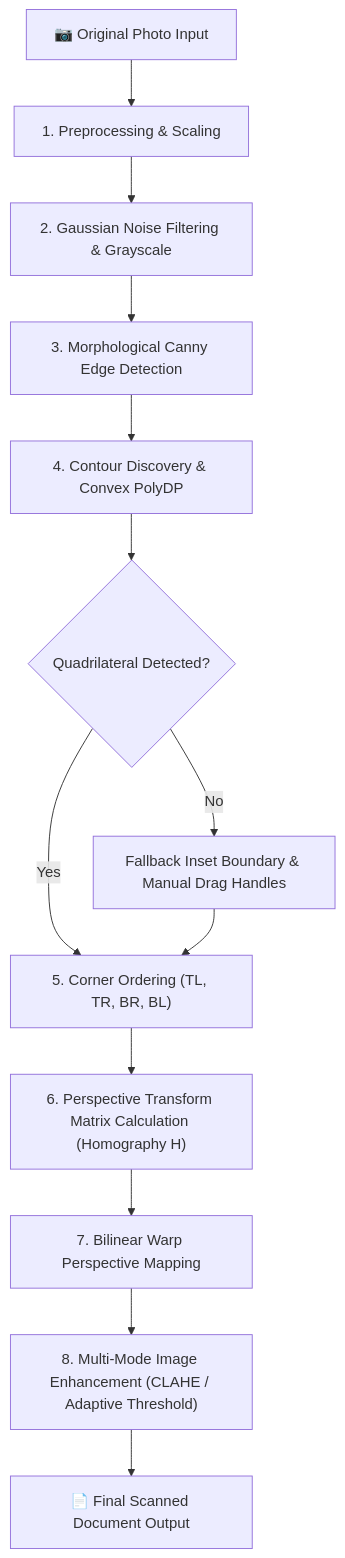
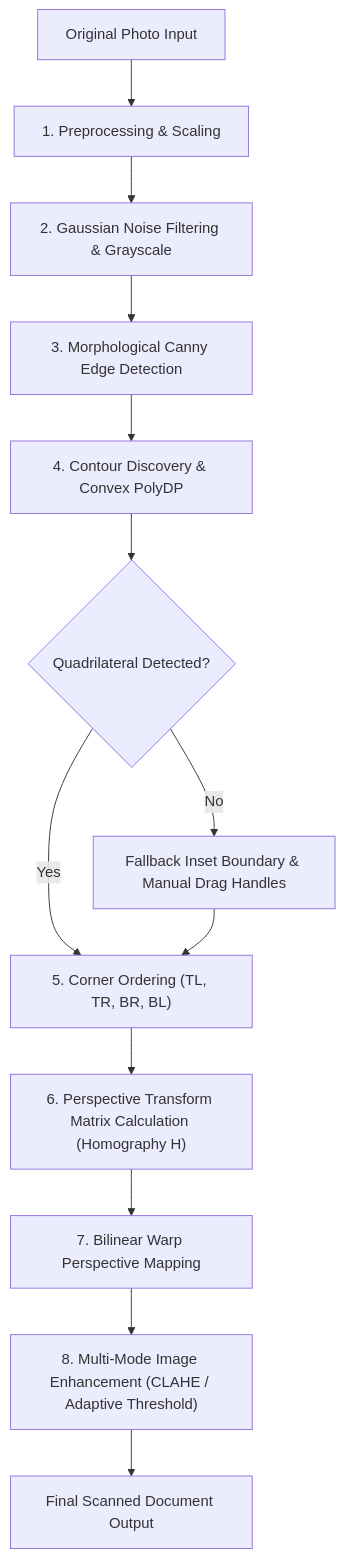
The diagram in README.md (Devesh43/DocVis), drawn with Mermaid before and after one commit. The commit also changed other lines of this file, not shown here.

````diff
--- a/README.md
+++ b/README.md
@@ -16,15 +16,15 @@
 ```mermaid
 flowchart TD
-    A["📷 Original Photo Input"] --> B["1. Preprocessing & Scaling"]
+    A[" Original Photo Input"] --> B["1. Preprocessing & Scaling"]
     B --> C["2. Gaussian Noise Filtering & Grayscale"]
     C --> D["3. Morphological Canny Edge Detection"]
     D --> E["4. Contour Discovery & Convex PolyDP"]
     E --> F{"Quadrilateral Detected?"}
     F -- Yes --> G["5. Corner Ordering (TL, TR, BR, BL)"]
     F -- No --> H["Fallback Inset Boundary & Manual Drag Handles"]
     H --> G
     G --> I["6. Perspective Transform Matrix Calculation (Homography H)"]
     I --> J["7. Bilinear Warp Perspective Mapping"]
     J --> K["8. Multi-Mode Image Enhancement (CLAHE / Adaptive Threshold)"]
-    K --> L["📄 Final Scanned Document Output"]
+    K --> L[" Final Scanned Document Output"]
 ```
````
